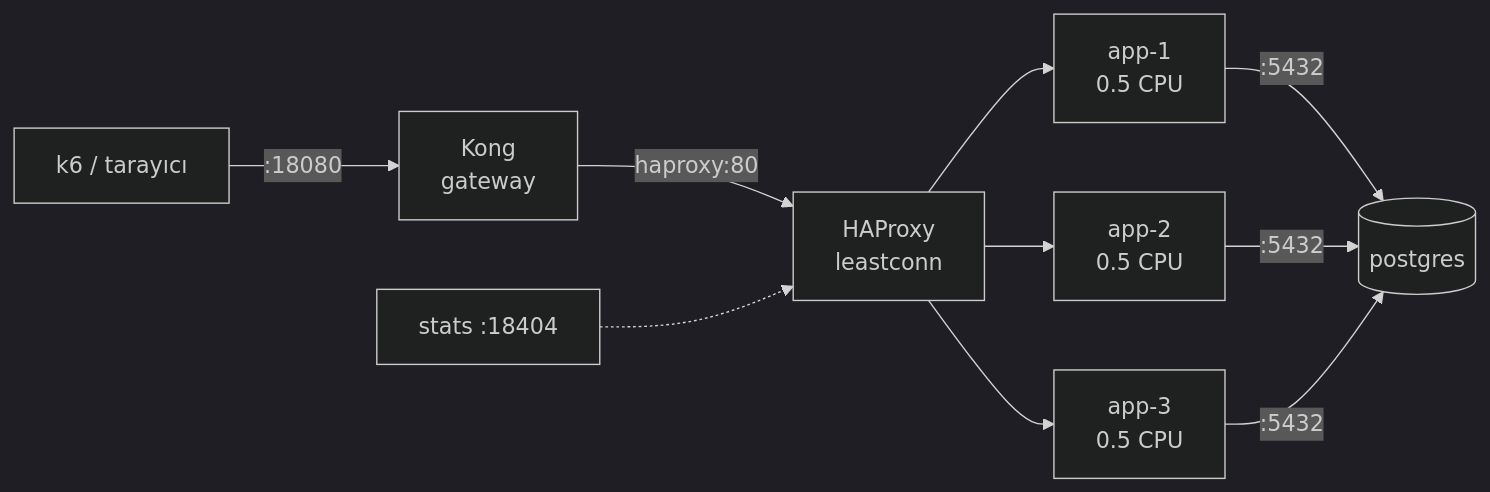
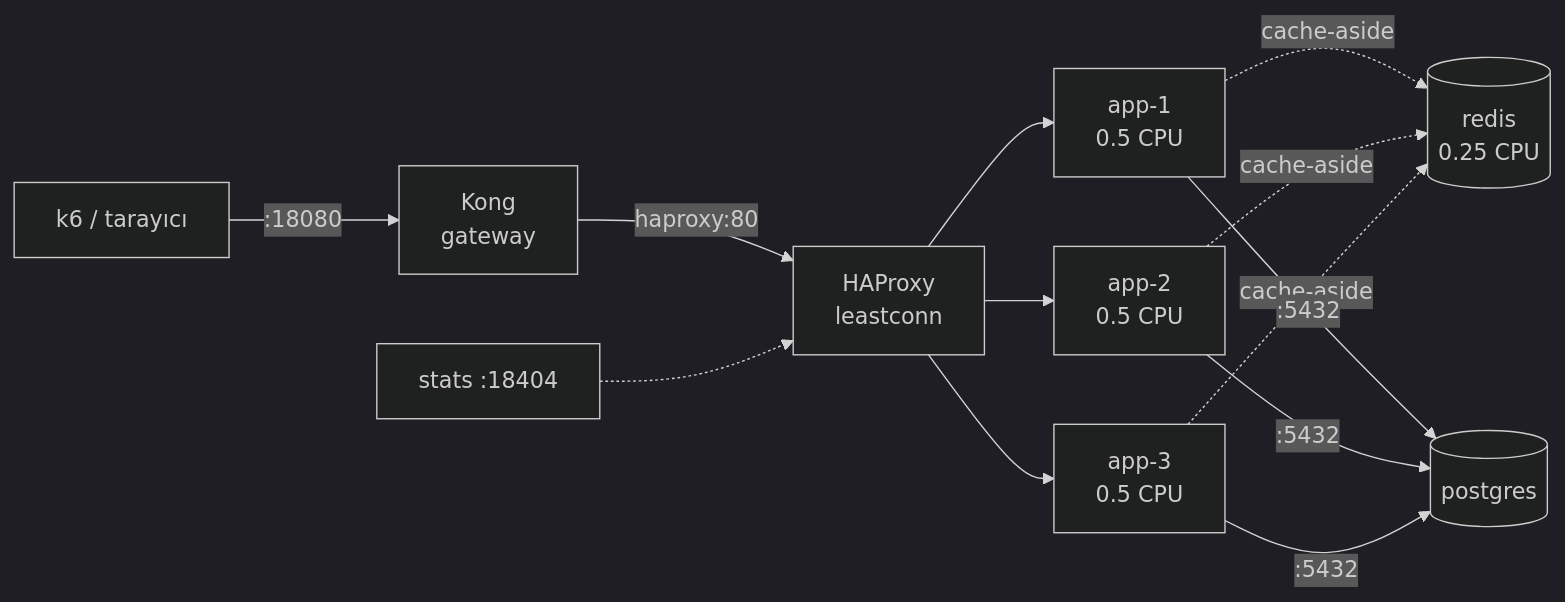
One commit to omeraltintas/edge-lab changed the diagram in README.md. Above: the diagram before and after it, drawn with Mermaid (dark theme). The commit also changed other lines of this file and 24 other files, not shown here.

Commit message:
feat(cache): Redis cache-aside, fail-open, CACHE_ENABLED A/B anahtari (faz 3)

````diff
--- a/README.md
+++ b/README.md
@@ -25,10 +25,11 @@
 ```mermaid
 flowchart LR
     K[k6 / tarayıcı] -->|:18080| G[Kong<br/>gateway]
     G -->|haproxy:80| H[HAProxy<br/>leastconn]
     H --> A1[app-1<br/>0.5 CPU]
     H --> A2[app-2<br/>0.5 CPU]
     H --> A3[app-3<br/>0.5 CPU]
+    A1 & A2 & A3 -.->|cache-aside| R[(redis<br/>0.25 CPU)]
     A1 & A2 & A3 -->|:5432| P[(postgres)]
     S[stats :18404] -.-> H
 ```
````
